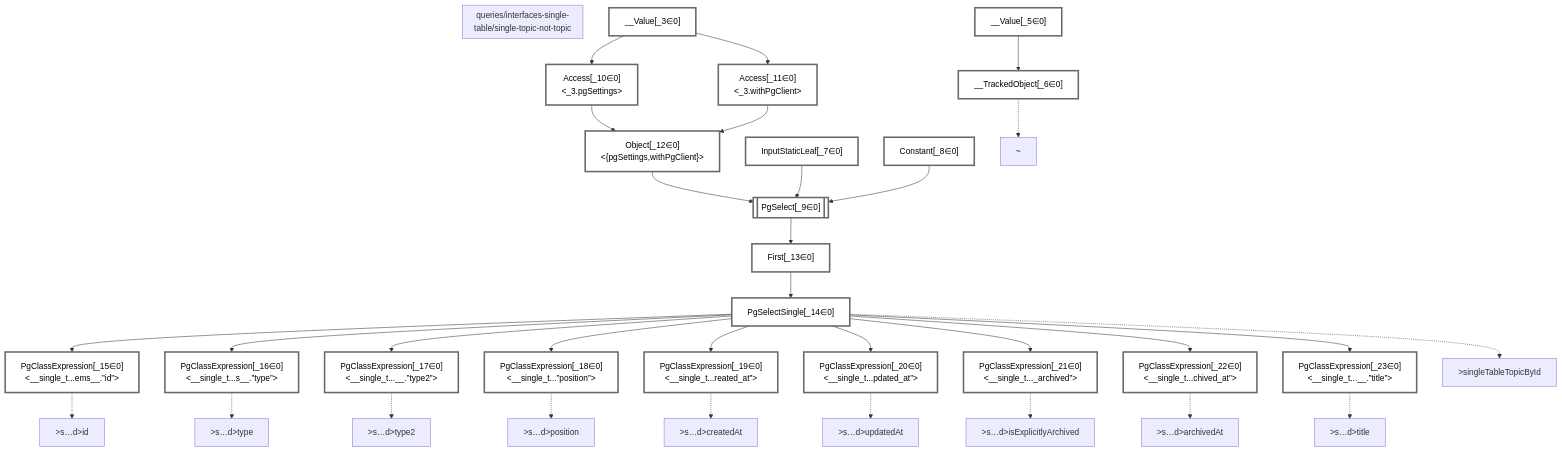
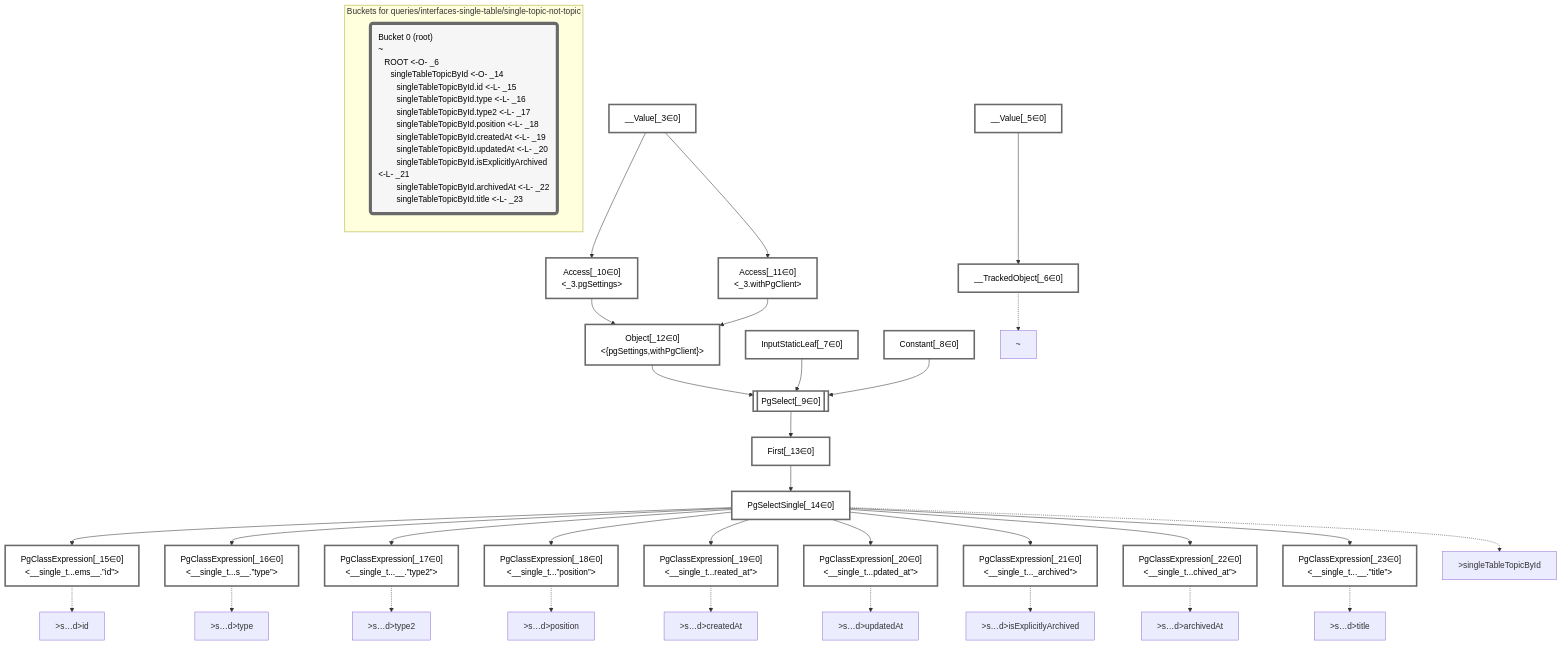
Before and after one commit to graphile/crystal: the diagram in packages/dataplan-pg/__tests__/queries/interfaces-single-table/single-topic-not-topic.deopt.mermaid.md, drawn with Mermaid. The commit also changed 37 other files, not shown here.

````diff
--- a/packages/dataplan-pg/__tests__/queries/interfaces-single-table/single-topic-not-topic.deopt.mermaid.md
+++ b/packages/dataplan-pg/__tests__/queries/interfaces-single-table/single-topic-not-topic.deopt.mermaid.md
@@ -1,7 +1,5 @@
 ```mermaid
 graph TD
-    subgraph "queries/interfaces-single-table/single-topic-not-topic"
-    end
     classDef path fill:#eee,stroke:#000,color:#000
     classDef plan fill:#fff,stroke-width:3px,color:#000
     classDef itemplan fill:#fff,stroke-width:6px,color:#000
@@ -79,4 +77,9 @@
     %% allocate buckets
     classDef bucket0 stroke:#696969
     class __Value_3,__Value_5,__TrackedObject_6,InputStaticLeaf_7,Constant_8,PgSelect_9,Access_10,Access_11,Object_12,First_13,PgSelectSingle_14,PgClassExpression_15,PgClassExpression_16,PgClassExpression_17,PgClassExpression_18,PgClassExpression_19,PgClassExpression_20,PgClassExpression_21,PgClassExpression_22,PgClassExpression_23 bucket0
+
+    subgraph "Buckets for queries/interfaces-single-table/single-topic-not-topic"
+    Bucket0("Bucket 0 (root)<br />~<br />⠀ROOT <-O- _6<br />⠀⠀singleTableTopicById <-O- _14<br />⠀⠀⠀singleTableTopicById.id <-L- _15<br />⠀⠀⠀singleTableTopicById.type <-L- _16<br />⠀⠀⠀singleTableTopicById.type2 <-L- _17<br />⠀⠀⠀singleTableTopicById.position <-L- _18<br />⠀⠀⠀singleTableTopicById.createdAt <-L- _19<br />⠀⠀⠀singleTableTopicById.updatedAt <-L- _20<br />⠀⠀⠀singleTableTopicById.isExplicitlyArchived <-L- _21<br />⠀⠀⠀singleTableTopicById.archivedAt <-L- _22<br />⠀⠀⠀singleTableTopicById.title <-L- _23"):::bucket
+    style Bucket0 stroke:#696969
+    end
 ```
````
